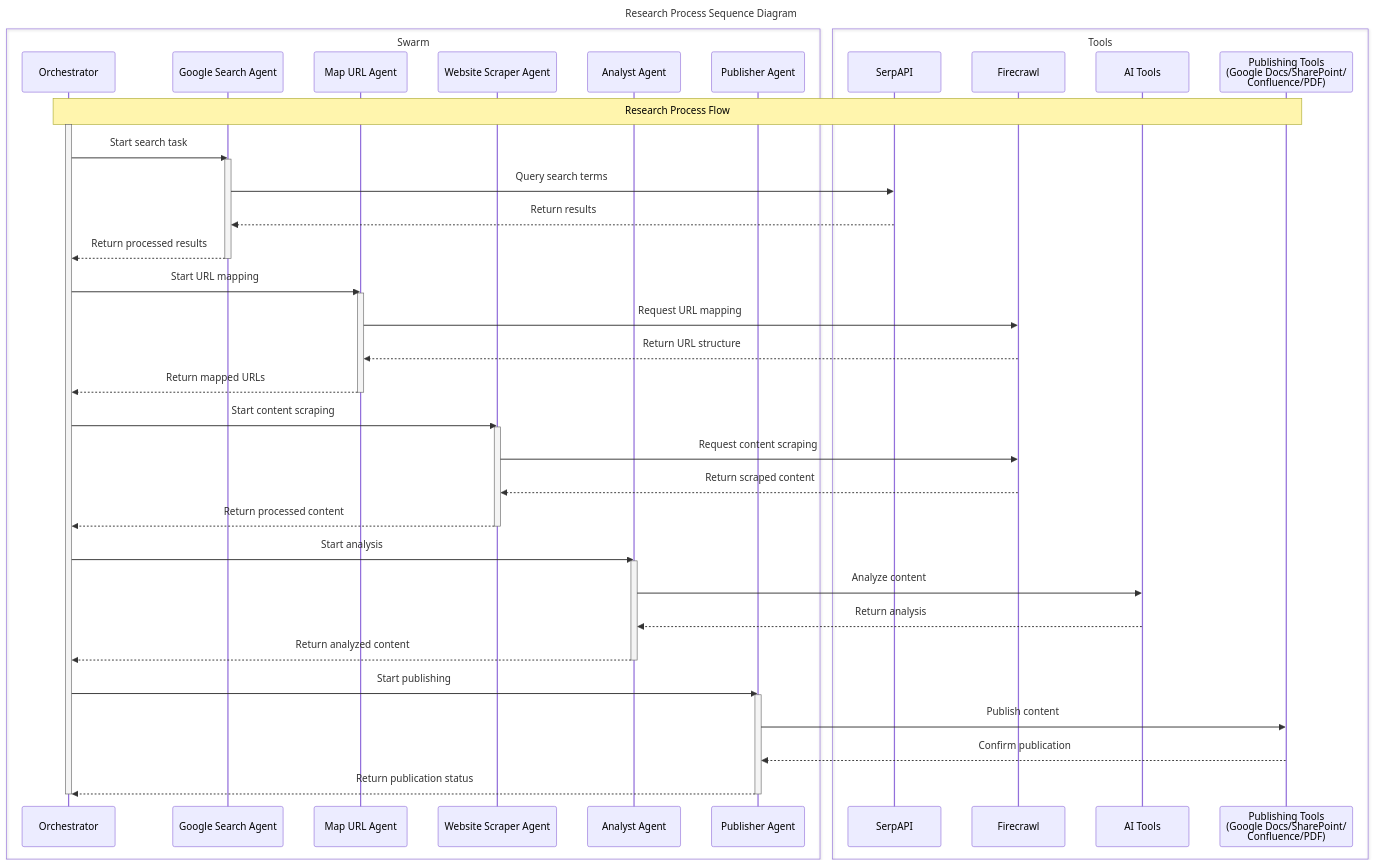
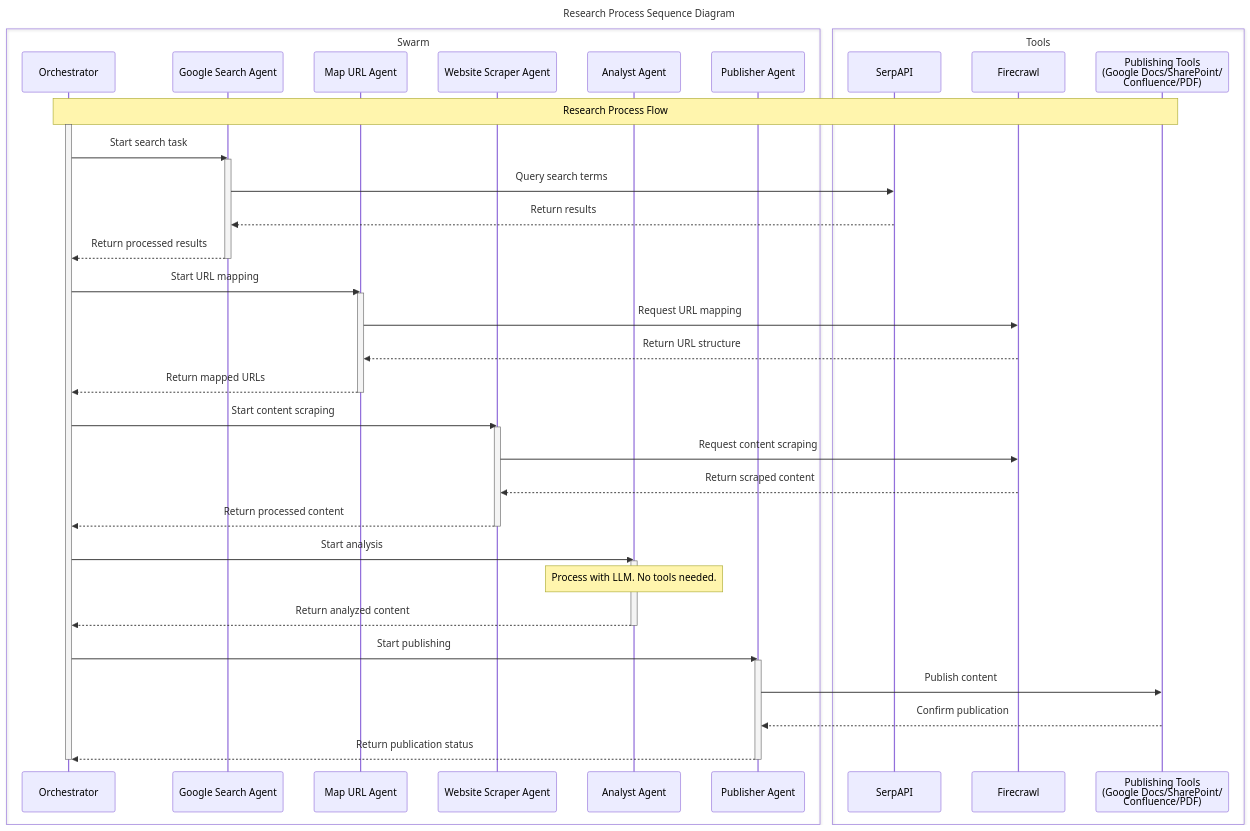
Before and after one commit to swarmzero/examples: the diagram in swarms/researcher_swarm/README.md, drawn with Mermaid.

Commit message:
correct sequence diagram

````diff
--- a/swarms/researcher_swarm/README.md
+++ b/swarms/researcher_swarm/README.md
@@ -18,60 +18,58 @@
 ```mermaid
 ---
 title: Research Process Sequence Diagram
 ---
 sequenceDiagram
     box Swarm #E6E6FA
         participant O as Orchestrator
         participant GSA as Google Search Agent
         participant MUA as Map URL Agent
         participant WSA as Website Scraper Agent
         participant AA as Analyst Agent
         participant PA as Publisher Agent
     end
     
     box Tools #FFE4E1
         participant SA as SerpAPI
         participant FC as Firecrawl
-        participant AIT as AI Tools
         participant PUB as Publishing Tools<br/>(Google Docs/SharePoint/<br/>Confluence/PDF)
     end
 
     Note over O,PUB: Research Process Flow
     
     activate O
     O->>GSA: Start search task
     activate GSA
     GSA->>SA: Query search terms
     SA-->>GSA: Return results
     GSA-->>O: Return processed results
     deactivate GSA
     
     O->>MUA: Start URL mapping
     activate MUA
     MUA->>FC: Request URL mapping
     FC-->>MUA: Return URL structure
     MUA-->>O: Return mapped URLs
     deactivate MUA
     
     O->>WSA: Start content scraping
     activate WSA
     WSA->>FC: Request content scraping
     FC-->>WSA: Return scraped content
     WSA-->>O: Return processed content
     deactivate WSA
     
     O->>AA: Start analysis
     activate AA
-    AA->>AIT: Analyze content
-    AIT-->>AA: Return analysis
+    Note over AA: Process with LLM. No tools needed.
     AA-->>O: Return analyzed content
     deactivate AA
     
     O->>PA: Start publishing
     activate PA
     PA->>PUB: Publish content
     PUB-->>PA: Confirm publication
     PA-->>O: Return publication status
     deactivate PA
     deactivate O
 ```
````
